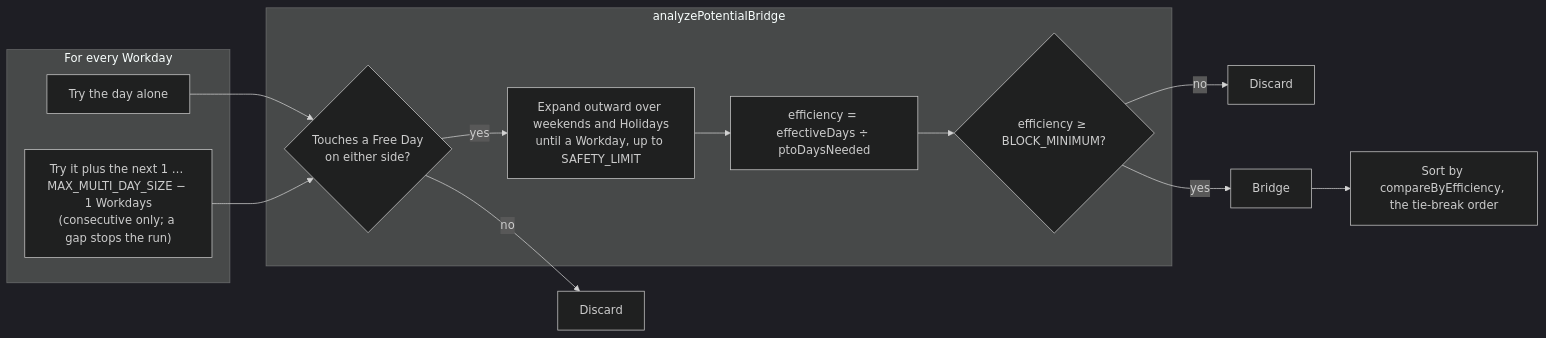
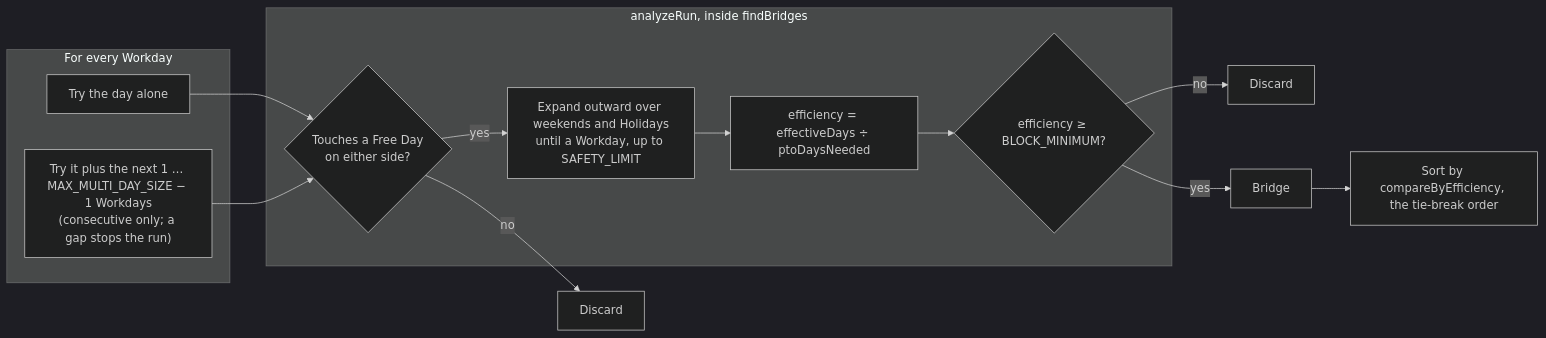
One commit to fbuireu/forever-pto changed the second of 4 diagrams in apps/docs/src/content/docs/how-it-works/planning-algorithm.mdx. Above: the diagram before and after it, drawn with Mermaid (dark theme). The commit also changed other lines of this file and 19 other files, not shown here.

````diff
--- a/apps/docs/src/content/docs/how-it-works/planning-algorithm.mdx
+++ b/apps/docs/src/content/docs/how-it-works/planning-algorithm.mdx
@@ -53,20 +53,20 @@
 ```mermaid
 flowchart LR
   subgraph gen [For every Workday]
     S1[Try the day alone]
     S2["Try it plus the next 1 … MAX_MULTI_DAY_SIZE − 1 Workdays<br/>(consecutive only; a gap stops the run)"]
   end
-  subgraph analyze [analyzePotentialBridge]
+  subgraph analyze [analyzeRun, inside findBridges]
     ADJ{Touches a Free Day<br/>on either side?}
     EXP[Expand outward over weekends and Holidays<br/>until a Workday, up to SAFETY_LIMIT]
     EFF[efficiency = effectiveDays ÷ ptoDaysNeeded]
     MIN{efficiency ≥ BLOCK_MINIMUM?}
   end
   S1 --> ADJ
   S2 --> ADJ
   ADJ -- no --> DROP1[Discard]
   ADJ -- yes --> EXP --> EFF --> MIN
   MIN -- no --> DROP2[Discard]
   MIN -- yes --> KEEP[Bridge]
   KEEP --> SORT[Sort by compareByEfficiency, the tie-break order]
 ```
````
